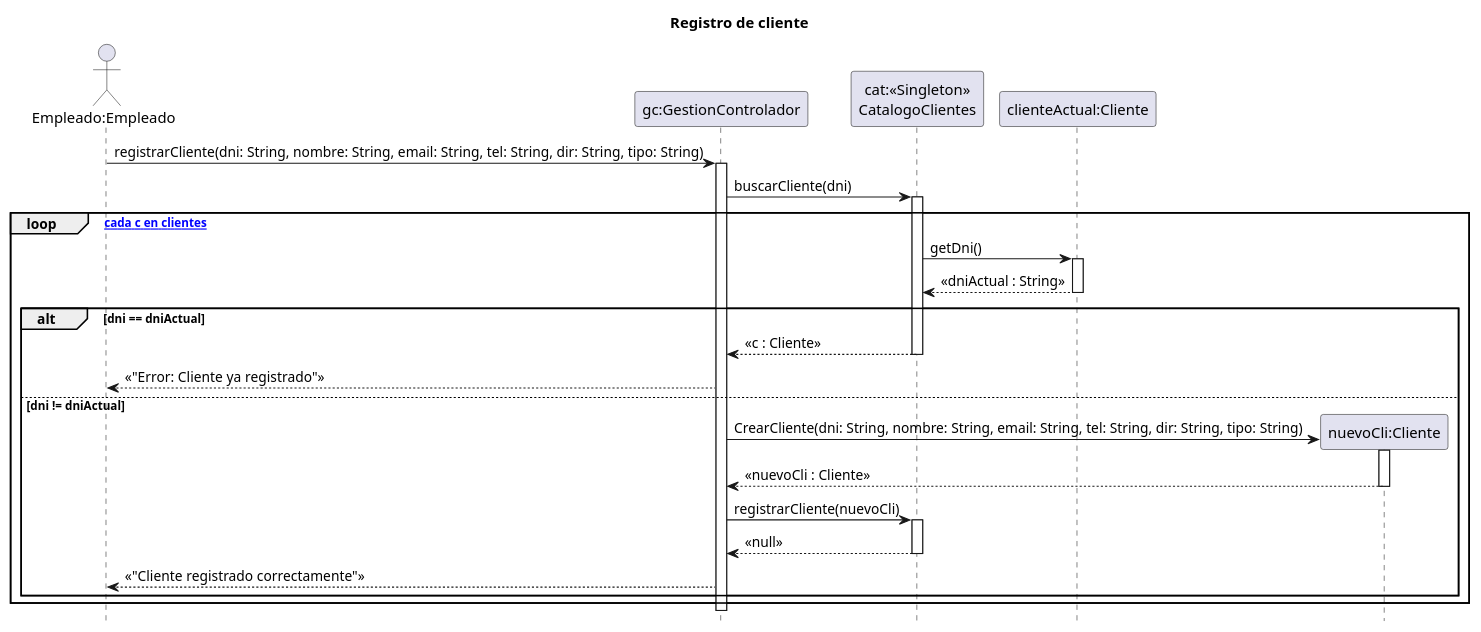
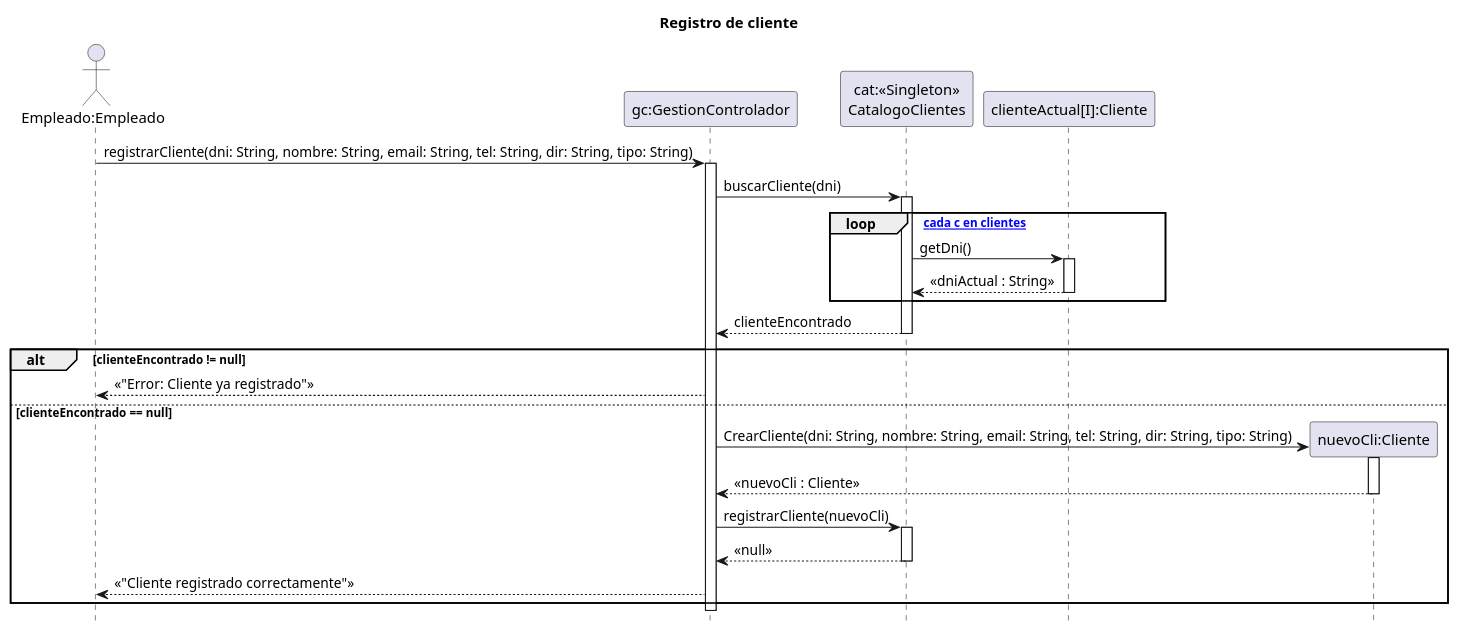
One commit to zEzequR/PF-I changed the diagram in 08 - Diagramas de Secuencia de Diseño/CargaClientes/CargaClientes.puml. Above: the diagram before and after it, drawn with PlantUML. The commit also changed 1 other file, not shown here.

```diff
--- a/08 - Diagramas de Secuencia de Diseño/CargaClientes/CargaClientes.puml
+++ b/08 - Diagramas de Secuencia de Diseño/CargaClientes/CargaClientes.puml
@@ -1,51 +1,47 @@
 @startuml
 title Registro de cliente
 
 hide footbox
 
 actor "Empleado:Empleado" as emp
 participant "gc:GestionControlador" as ctrl
 participant "cat:<<Singleton>>\nCatalogoClientes" as cat
-participant "clienteActual:Cliente" as cliente_actual
+participant "clienteActual[I]:Cliente" as cliente_actual
 
 emp -> ctrl : registrarCliente(dni: String, nombre: String, email: String, tel: String, dir: String, tipo: String)
 activate ctrl
 
 ctrl -> cat : buscarCliente(dni)
 activate cat
 
 loop [para cada c en clientes]
     cat -> cliente_actual : getDni()
     activate cliente_actual
     cliente_actual --> cat : << dniActual : String >>
     deactivate cliente_actual
+end
+
+cat --> ctrl : clienteEncontrado
+deactivate cat
+
+alt clienteEncontrado != null
+    ctrl --> emp : << "Error: Cliente ya registrado" >>
+
+else clienteEncontrado == null
+    create participant "nuevoCli:Cliente" as nuevo_cli
+    ctrl -> nuevo_cli : CrearCliente(dni: String, nombre: String, email: String, tel: String, dir: String, tipo: String)
+    activate nuevo_cli
+    nuevo_cli --> ctrl : << nuevoCli : Cliente >>
+    deactivate nuevo_cli
+
+    ctrl -> cat : registrarCliente(nuevoCli)
+    activate cat
+    cat --> ctrl : << null >>
+    deactivate cat
     
-    alt dni == dniActual
-        cat --> ctrl : << c : Cliente >>
-        deactivate cat
-        
-        ctrl --> emp : << "Error: Cliente ya registrado" >>
-
-    else dni != dniActual
-
-        deactivate cat
-
-        create participant "nuevoCli:Cliente" as nuevo_cli
-        ctrl -> nuevo_cli : CrearCliente(dni: String, nombre: String, email: String, tel: String, dir: String, tipo: String)
-        activate nuevo_cli
-        nuevo_cli --> ctrl : << nuevoCli : Cliente >>
-        deactivate nuevo_cli
-
-        ctrl -> cat : registrarCliente(nuevoCli)
-        activate cat
-        
-        cat --> ctrl : << null >>
-        deactivate cat
-        
-        ctrl --> emp : << "Cliente registrado correctamente" >>
-        
-    end
+    ctrl --> emp : << "Cliente registrado correctamente" >>
+    
 end
 
 deactivate ctrl
 @enduml
```
